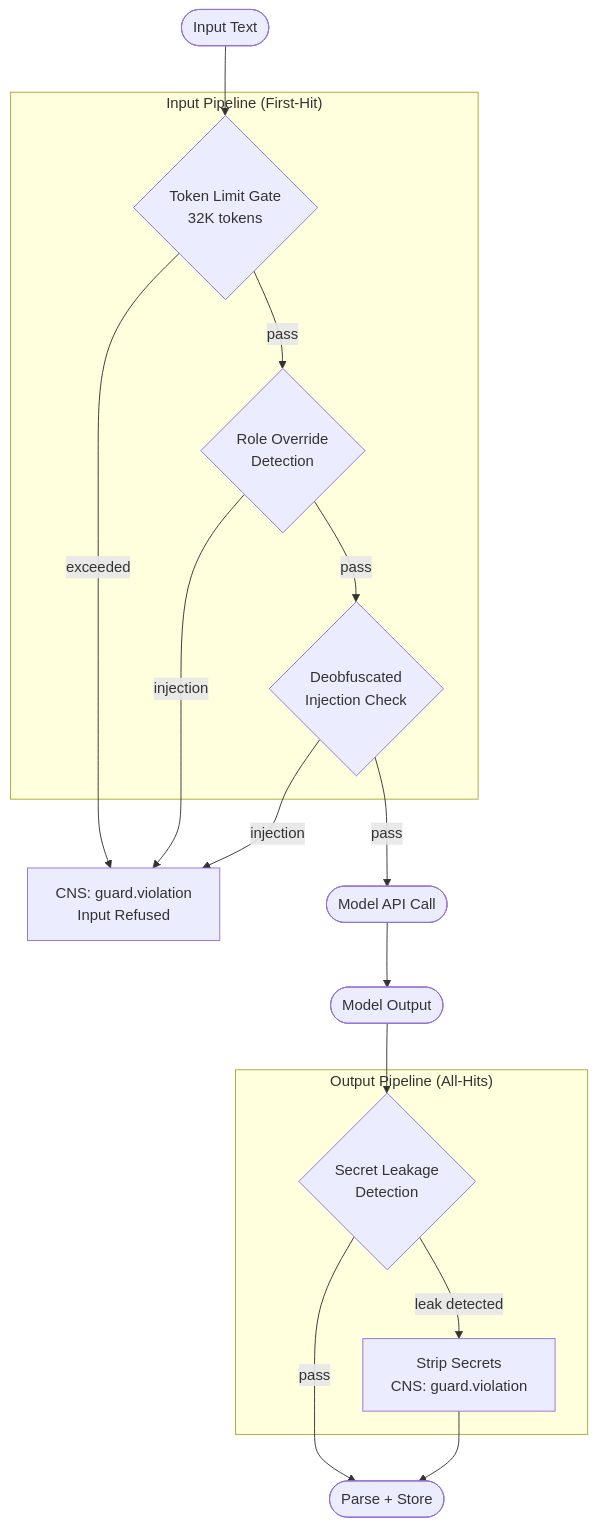
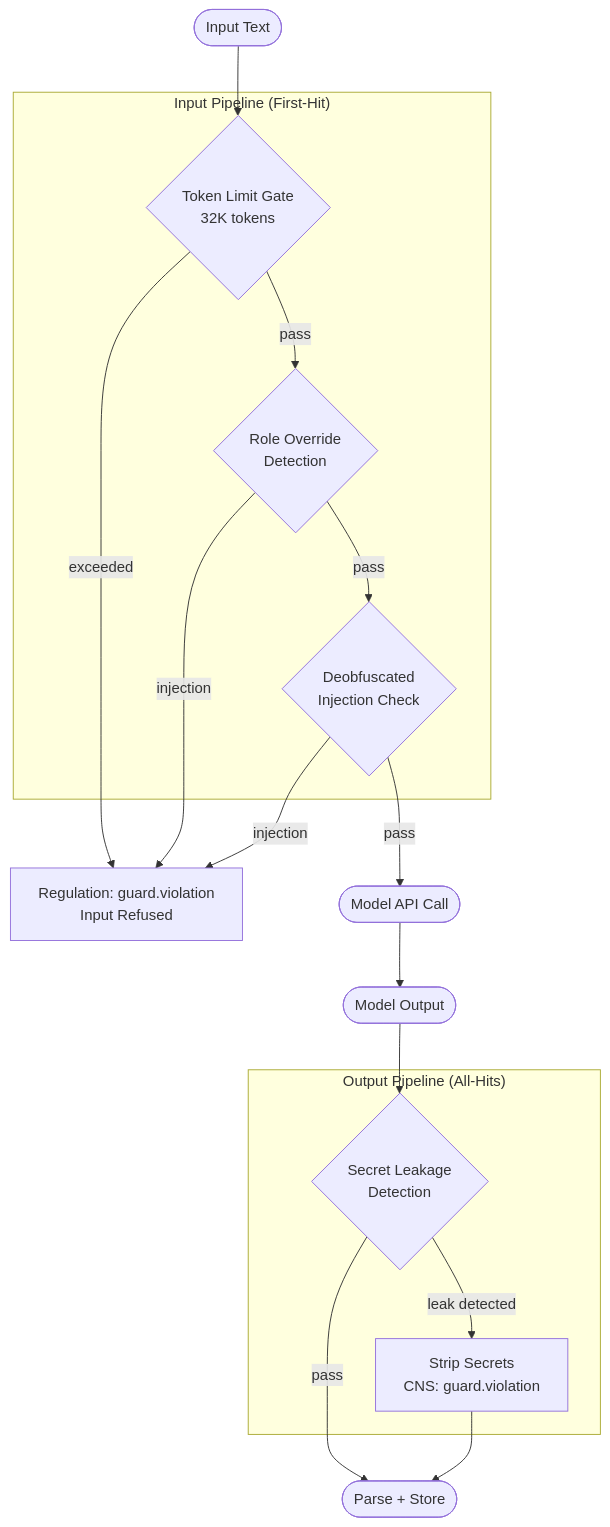
One commit to mdz-axo/hKask changed the sixth of 6 diagrams in docs/explanation/sovereignty-and-ocap.md. Above: the diagram before and after it, drawn with Mermaid. The commit also changed other lines of this file and 68 other files, not shown here.

First line of the commit message:
Rename CNS to Regulation across docs

````diff
--- a/docs/explanation/sovereignty-and-ocap.md
+++ b/docs/explanation/sovereignty-and-ocap.md
@@ -542,37 +542,37 @@
 ```mermaid
 flowchart TD
     IN([Input Text])
     TL{Token Limit Gate\n32K tokens}
     RO{Role Override\nDetection}
     DO{Deobfuscated\nInjection Check}
-    CR[CNS: guard.violation\nInput Refused]
+    CR[Regulation: guard.violation\nInput Refused]
     CL([Model API Call])
     OR([Model Output])
     SL{Secret Leakage\nDetection}
     SK[Strip Secrets\nCNS: guard.violation]
     PS([Parse + Store])
 
     IN --> TL
     TL -->|pass| RO
     TL -->|exceeded| CR
     RO -->|pass| DO
     RO -->|injection| CR
     DO -->|pass| CL
     DO -->|injection| CR
     CL --> OR
     OR --> SL
     SL -->|pass| PS
     SL -->|leak detected| SK
     SK --> PS
 
     subgraph "Input Pipeline (First-Hit)"
         TL
         RO
         DO
     end
 
     subgraph "Output Pipeline (All-Hits)"
         SL
         SK
     end
 ```
````
